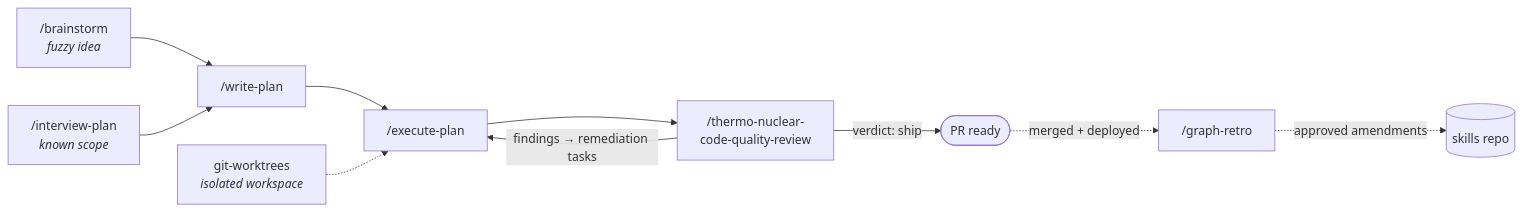
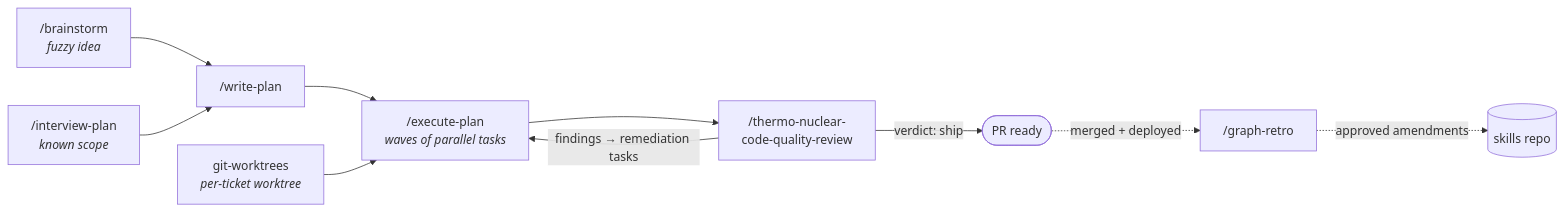
One commit to ayberkcansever/ai-skills changed the first of 2 diagrams in README.md. Above: the diagram before and after it, drawn with Mermaid. The commit also changed other lines of this file and 6 other files, not shown here.

````diff
--- a/README.md
+++ b/README.md
@@ -80,12 +84,12 @@
 ```mermaid
 flowchart LR
     B["/brainstorm<br/><i>fuzzy idea</i>"] --> W["/write-plan"]
     I["/interview-plan<br/><i>known scope</i>"] --> W
-    W --> E["/execute-plan"]
-    WT["git-worktrees<br/><i>isolated workspace</i>"] -.-> E
+    W --> E["/execute-plan<br/><i>waves of parallel tasks</i>"]
+    WT["git-worktrees<br/><i>per-ticket worktree</i>"] --> E
     E --> R["/thermo-nuclear-<br/>code-quality-review"]
     R -->|"verdict: ship"| PR(["PR ready"])
     R -->|"findings → remediation tasks"| E
     PR -.->|"merged + deployed"| G["/graph-retro"]
     G -.->|"approved amendments"| S[("skills repo")]
 ```
````
